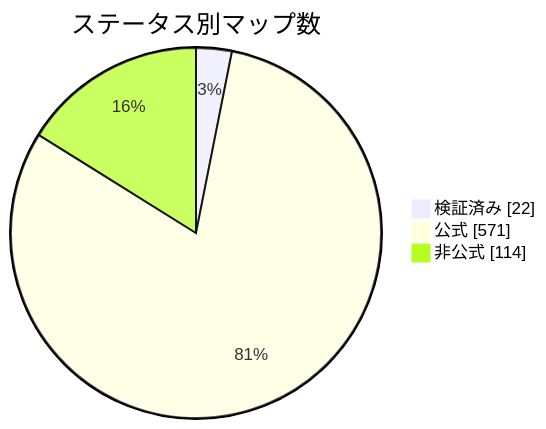
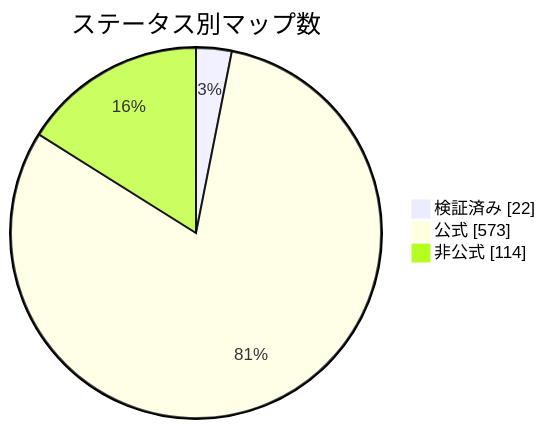
The diagram in docs/readme/README_JP.md (nobrega8/mbmap-library), drawn with Mermaid before and after one commit. The commit also changed 7 other files, not shown here.

````diff
--- a/docs/readme/README_JP.md
+++ b/docs/readme/README_JP.md
@@ -54,7 +54,7 @@
 ```mermaid
 pie showData
     title ステータス別マップ数
     "検証済み" : 22
-    "公式" : 571
+    "公式" : 573
     "非公式" : 114
 ```
````
